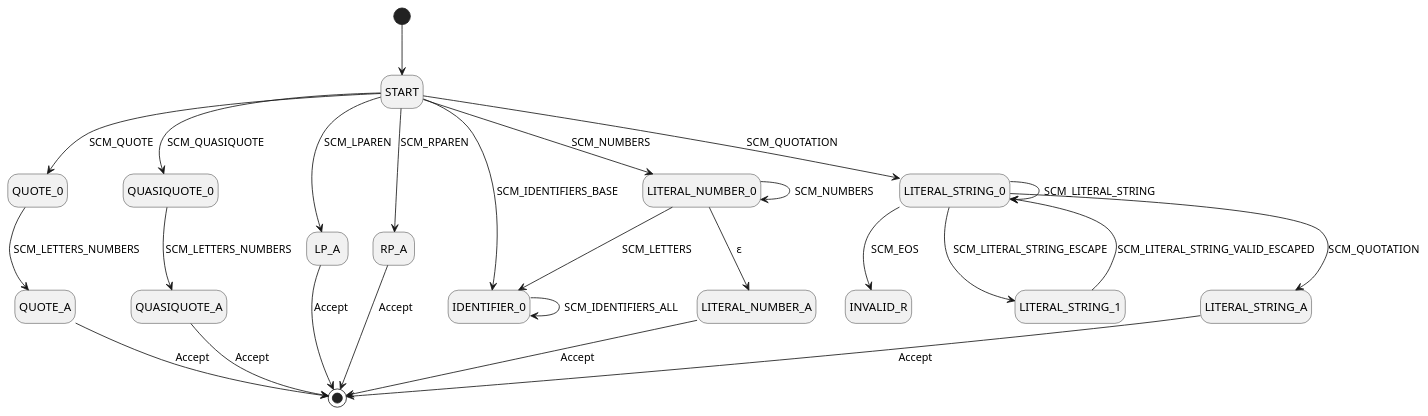
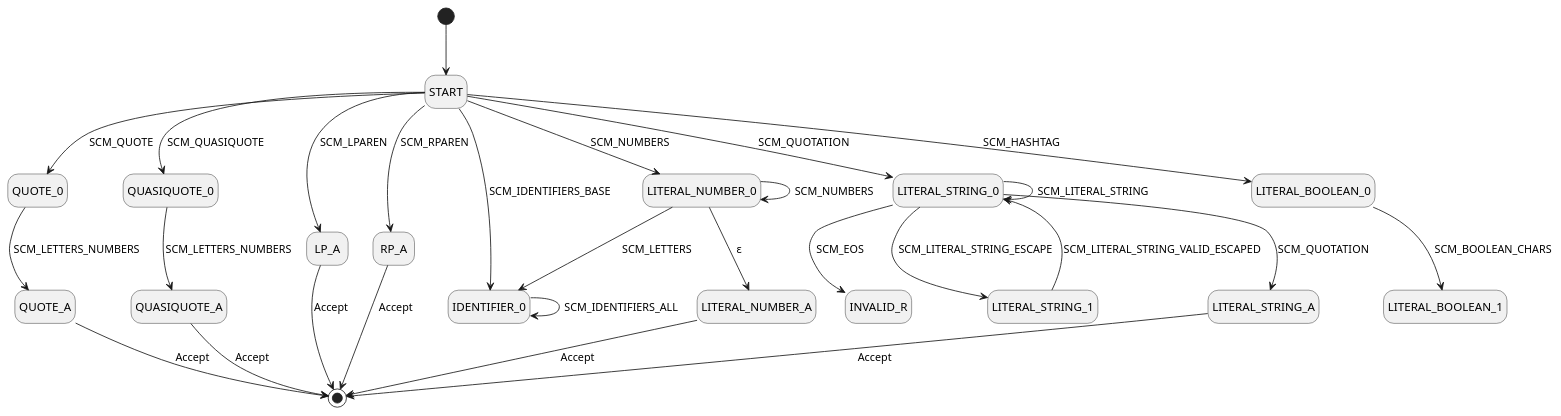
The diagram in c/docs/test.puml (s4izh/mini-scheme), drawn with PlantUML before and after one commit. The commit also changed 10 other files, not shown here.

```diff
--- a/c/docs/test.puml
+++ b/c/docs/test.puml
@@ -1,37 +1,39 @@
 @startuml
 hide empty description
 
 ' Define the states
 [*] --> START
 
 START --> QUOTE_0 : SCM_QUOTE
 START --> QUASIQUOTE_0 : SCM_QUASIQUOTE
 START --> LP_A : SCM_LPAREN
 START --> RP_A : SCM_RPAREN
 START --> IDENTIFIER_0 : SCM_IDENTIFIERS_BASE
 START --> LITERAL_NUMBER_0 : SCM_NUMBERS
 START --> LITERAL_STRING_0 : SCM_QUOTATION
+START --> LITERAL_BOOLEAN_0 : SCM_HASHTAG
 
 QUOTE_0 --> QUOTE_A : SCM_LETTERS_NUMBERS
 QUASIQUOTE_0 --> QUASIQUOTE_A : SCM_LETTERS_NUMBERS
 
 IDENTIFIER_0 --> IDENTIFIER_0 : SCM_IDENTIFIERS_ALL
 LITERAL_NUMBER_0 --> IDENTIFIER_0 : SCM_LETTERS
 LITERAL_NUMBER_0 --> LITERAL_NUMBER_0 : SCM_NUMBERS
 LITERAL_NUMBER_0 --> LITERAL_NUMBER_A : ε
 LITERAL_STRING_0 --> INVALID_R : SCM_EOS
 LITERAL_STRING_0 --> LITERAL_STRING_0 : SCM_LITERAL_STRING
 LITERAL_STRING_0 --> LITERAL_STRING_1 : SCM_LITERAL_STRING_ESCAPE
 LITERAL_STRING_0 --> LITERAL_STRING_A : SCM_QUOTATION
 LITERAL_STRING_1 --> LITERAL_STRING_0 : SCM_LITERAL_STRING_VALID_ESCAPED
+LITERAL_BOOLEAN_0 --> LITERAL_BOOLEAN_1 : SCM_BOOLEAN_CHARS
 
 QUOTE_A --> [*] : Accept
 QUASIQUOTE_A --> [*] : Accept
 
 LP_A --> [*] : Accept
 RP_A --> [*] : Accept
 
 LITERAL_NUMBER_A --> [*] : Accept
 LITERAL_STRING_A --> [*] : Accept
 
 @enduml
```
